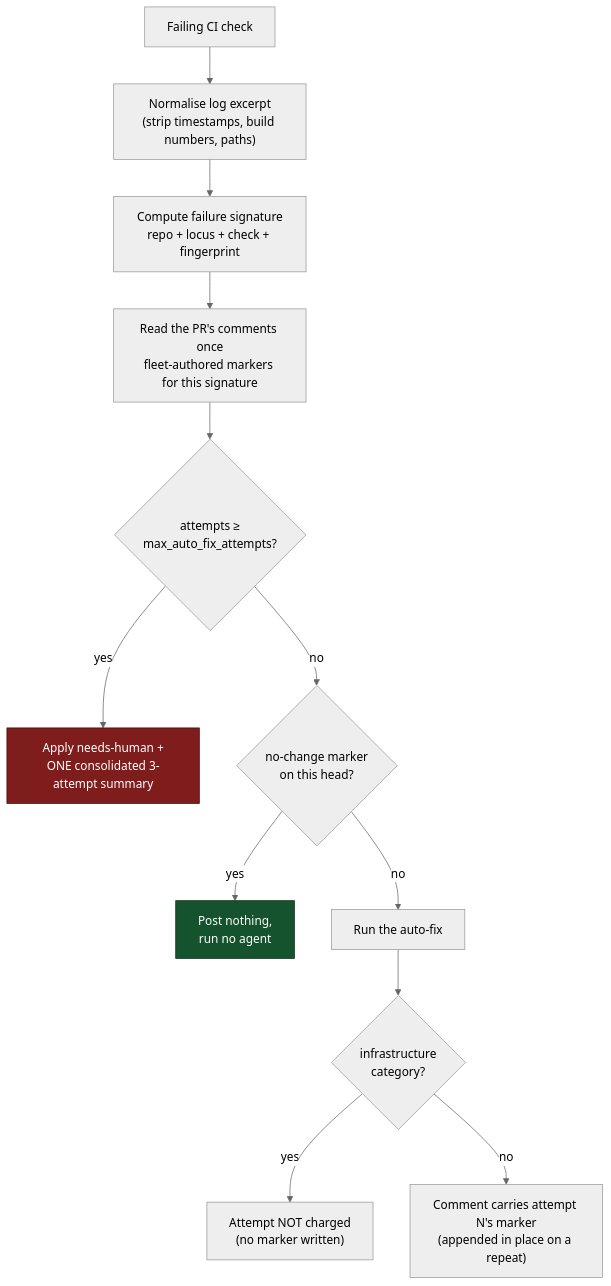
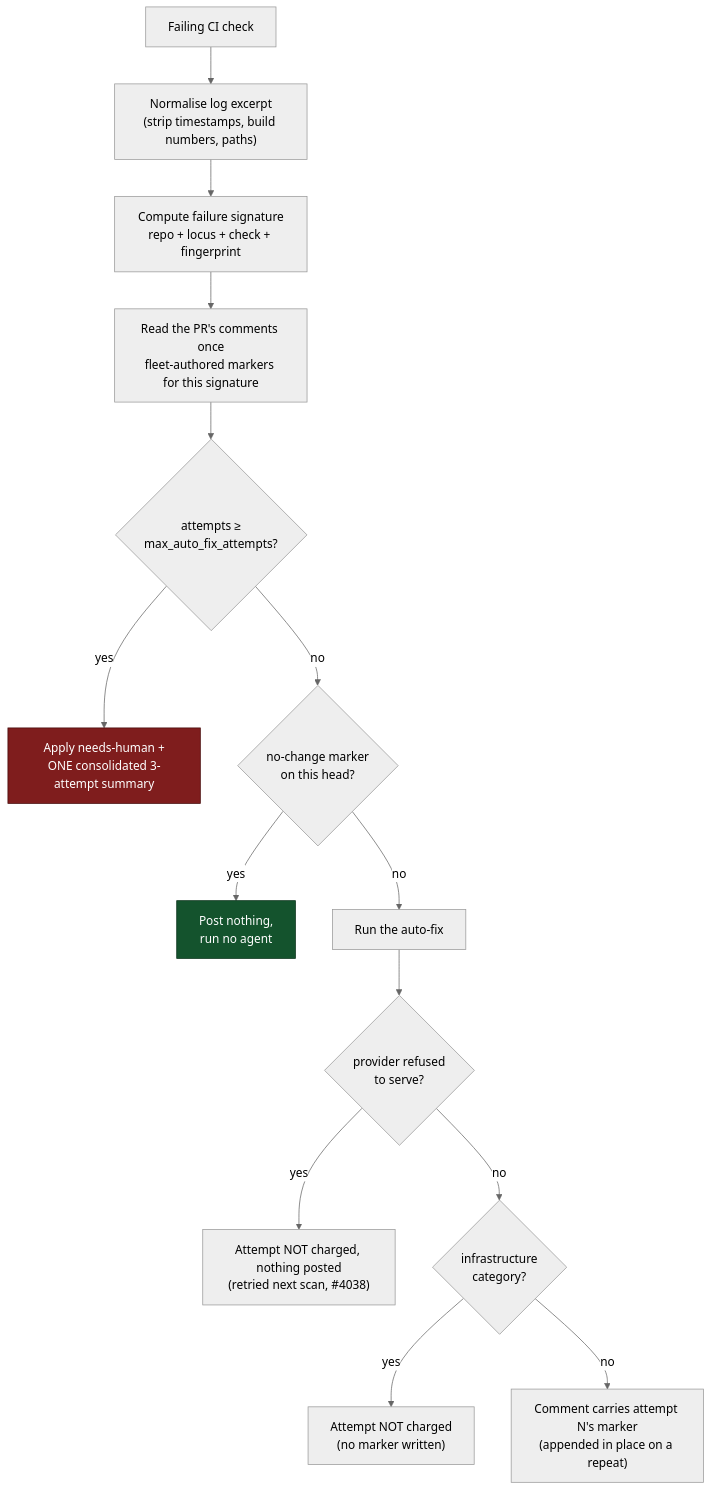
One commit to stSoftwareAU/VibeCoder changed diagram 26 of 29 in docs/CONFIGURATION.md. Above: the diagram before and after it, drawn with Mermaid (neutral theme). The commit also changed other lines of this file and 3 other files, not shown here.

First line of the commit message:
Do not charge or escalate a CI-fix run the provider refused (#4038)

````diff
--- a/docs/CONFIGURATION.md
+++ b/docs/CONFIGURATION.md
@@ -5077,16 +5084,18 @@
 ```mermaid
 flowchart TD
     A["Failing CI check"] --> B["Normalise log excerpt<br/>(strip timestamps, build numbers, paths)"]
     B --> C["Compute failure signature<br/>repo + locus + check + fingerprint"]
     C --> M["Read the PR's comments once<br/>fleet-authored markers for this signature"]
     M --> D{"attempts ≥<br/>max_auto_fix_attempts?"}
     D -->|yes| E["Apply needs-human +<br/>ONE consolidated 3-attempt summary"]
     D -->|no| N{"no-change marker<br/>on this head?"}
     N -->|yes| Q["Post nothing,<br/>run no agent"]
     N -->|no| F["Run the auto-fix"]
-    F --> G{"infrastructure<br/>category?"}
+    F --> P{"provider refused<br/>to serve?"}
+    P -->|yes| H2["Attempt NOT charged, nothing posted<br/>(retried next scan, #4038)"]
+    P -->|no| G{"infrastructure<br/>category?"}
     G -->|yes| H["Attempt NOT charged<br/>(no marker written)"]
     G -->|no| I["Comment carries attempt N's marker<br/>(appended in place on a repeat)"]
     style E fill:#7f1d1d,stroke:#450a0a,color:#fff
     style Q fill:#14532d,stroke:#052e16,color:#fff
 ```
````
